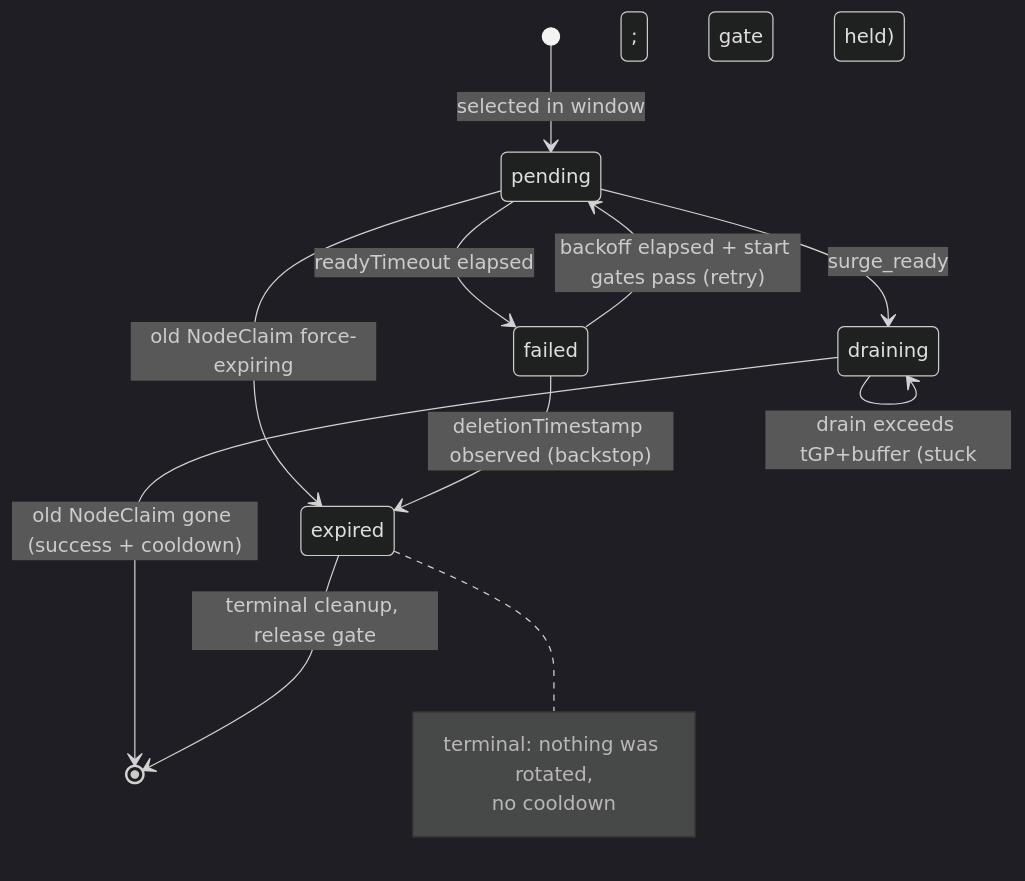
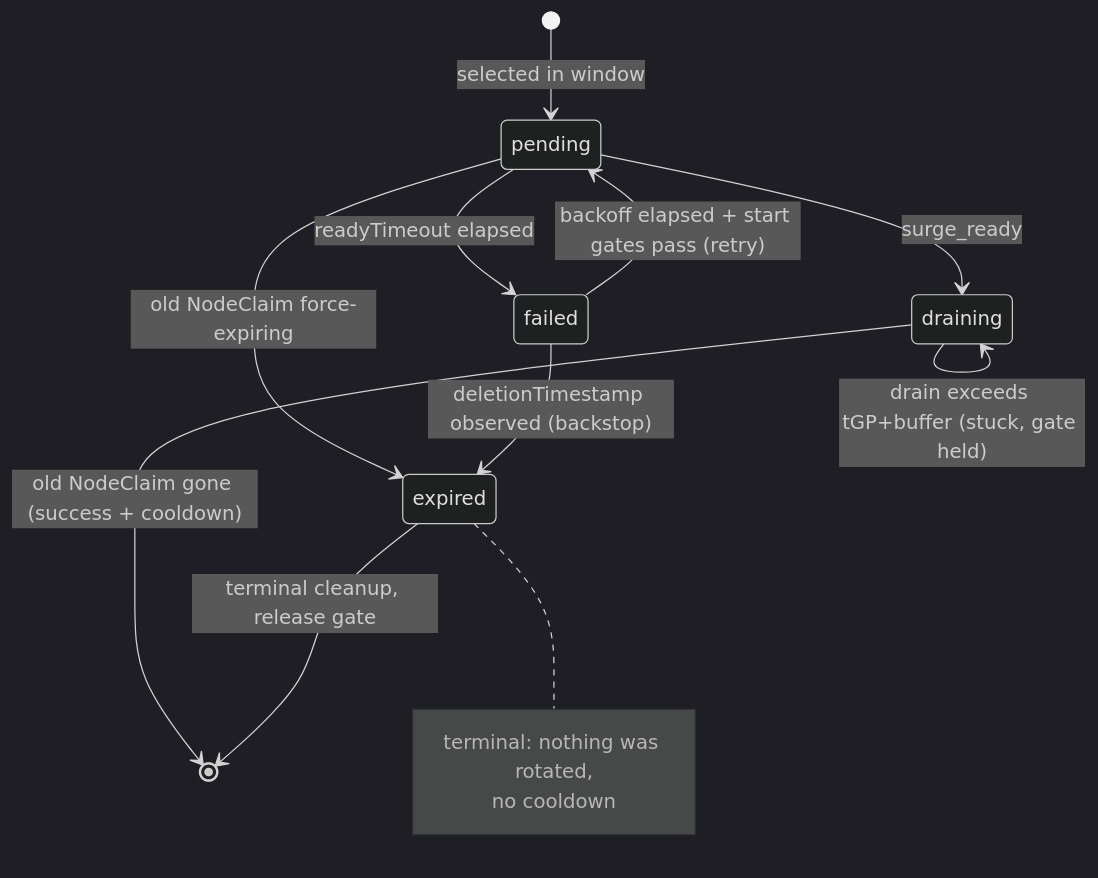
One commit to AkashiSN/node-rotation-controller changed the fifth of 5 diagrams in docs/specification.md. Above: the diagram before and after it, drawn with Mermaid (dark theme). The commit also changed 1 other file, not shown here.

Commit message:
docs(spec): fix stray nodes in §5.3 state diagram (semicolon in label)
The `draining --> draining` stuck self-loop label contained a `;`, which
stateDiagram-v2 treats as a statement separator (like sequenceDiagram) — so
rendering produced stray `;`, `gate`, `held)` state boxes. mermaid.parse()
accepted it (a `;` split is valid syntax), so only an actual render caught it.
Replace the `;` with `,` (EN) / `、` (JA).

````diff
--- a/docs/specification.md
+++ b/docs/specification.md
@@ -816,16 +816,16 @@
 ```mermaid
 stateDiagram-v2
     [*] --> pending: selected in window
     pending --> draining: surge_ready
     pending --> failed: readyTimeout elapsed
     pending --> expired: old NodeClaim force-expiring
     draining --> [*]: old NodeClaim gone (success + cooldown)
     failed --> pending: backoff elapsed + start gates pass (retry)
     failed --> expired: deletionTimestamp observed (backstop)
     expired --> [*]: terminal cleanup, release gate
-    draining --> draining: drain exceeds tGP+buffer (stuck; gate held)
+    draining --> draining: drain exceeds tGP+buffer (stuck, gate held)
     note right of expired
         terminal: nothing was rotated,
         no cooldown
     end note
 ```
````
